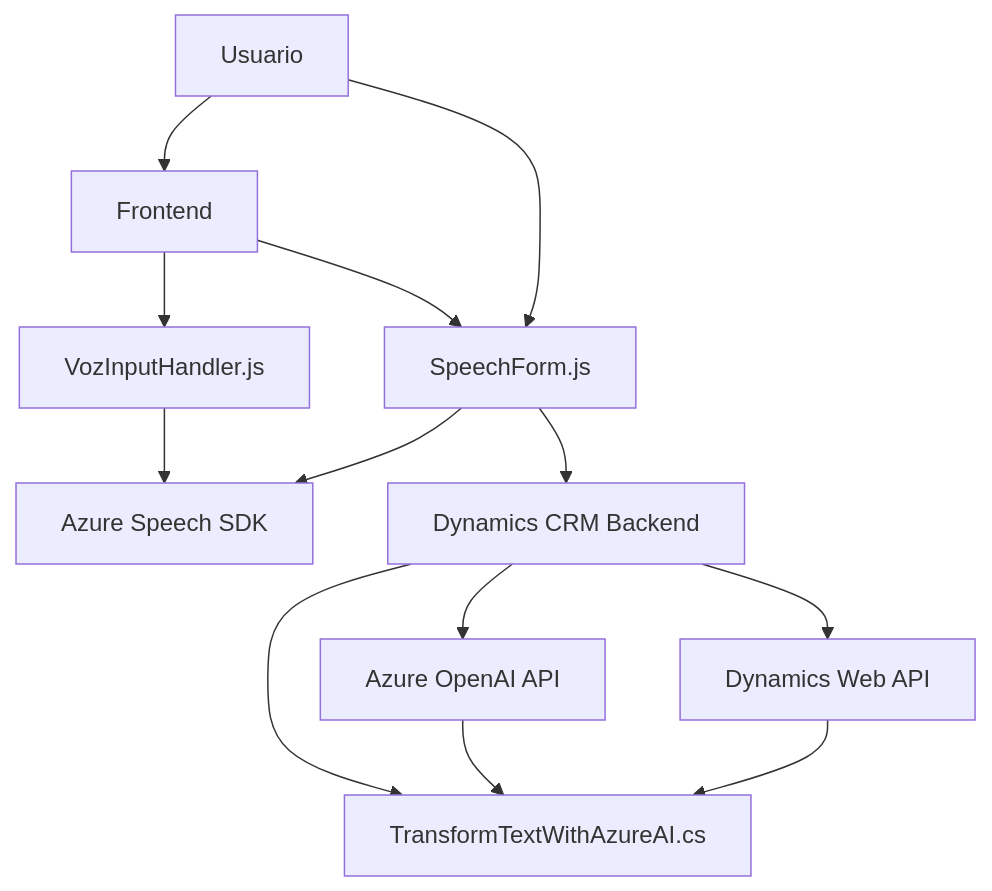
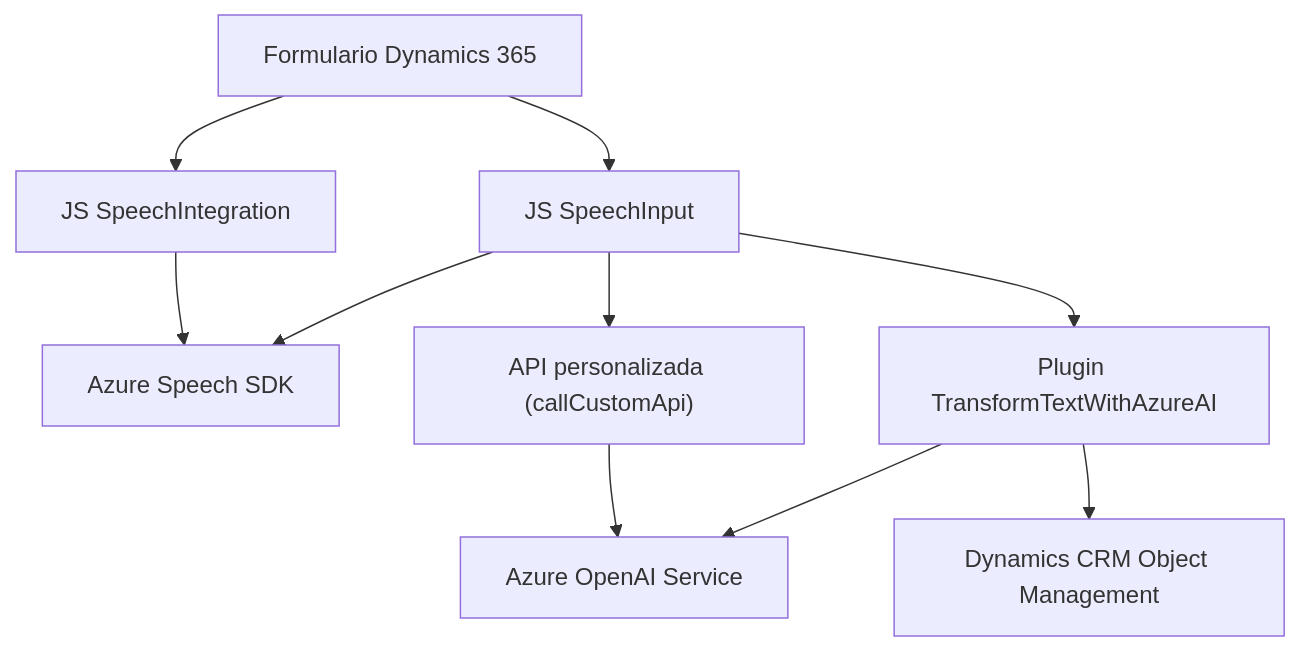
The diagram in README.md (blopezdm/NETCORE_BILBAO2025), drawn with Mermaid before and after one commit. The commit also changed other lines of this file, not shown here.

````diff
--- a/README.md
+++ b/README.md
@@ -33,25 +29,12 @@
 ```mermaid
 graph TD
-    A["Frontend"]
-    A1["VozInputHandler.js"]
-    A2["SpeechForm.js"]
-    B["Azure Speech SDK"]
-    C["Dynamics CRM Backend"]
-    C1["TransformTextWithAzureAI.cs"]
-    C2["Dynamics Web API"]
-    X["Azure OpenAI API"]
-    Y["Usuario"]
-
-    Y --> A
-    A --> A1
-    A --> A2
-    A1 --> B
-    A2 --> B
-    Y --> A2
-    A2 --> C
-    C --> C1
-    C --> X
-    C --> C2
-    X --> C1
-    C2 --> C1
+    A["Formulario Dynamics 365"] --> B["JS SpeechIntegration"]
+    A --> C["JS SpeechInput"]
+    B --> D["Azure Speech SDK"]
+    C --> D
+    C --> E["API personalizada (callCustomApi)"]
+    E --> F["Azure OpenAI Service"]
+    G["Plugin TransformTextWithAzureAI"] --> F
+    C --> G
+    G --> H["Dynamics CRM Object Management"]
 ```
````
